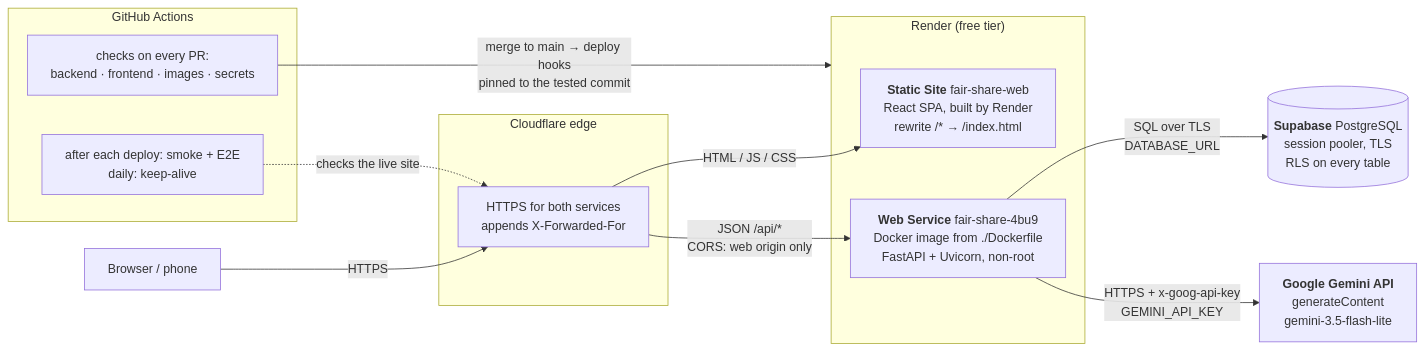
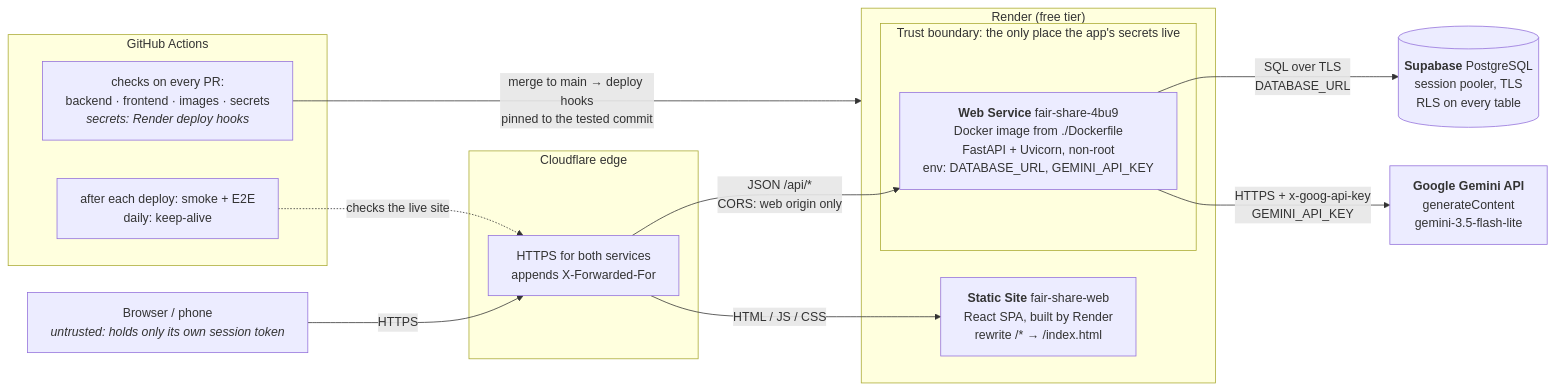
The diagram in docs/diagrams/architecture.mmd (NeitLN/Fair-Share), drawn with Mermaid before and after one commit. The commit also changed 2 other files, not shown here.

Commit message:
docs(diagrams): mark the trust boundary on the architecture diagram (#164)
Trust boundary around the API, with the wording from review: the app's secrets live only there, CI holds the deploy hooks, the browser holds only its own session token.

```diff
--- a/docs/diagrams/architecture.mmd
+++ b/docs/diagrams/architecture.mmd
@@ -1,29 +1,31 @@
 %%{init: {"flowchart": {"wrappingWidth": 320}}}%%
 %% Fair-Share in production. Checked against the live services on 22/10/2026 (see docs/diagrams/README.md).
 flowchart LR
-    U["Browser / phone"]
+    U["Browser / phone<br/><i>untrusted: holds only its own session token</i>"]
 
     subgraph CF["Cloudflare edge"]
         EDGE["HTTPS for both services<br/>appends X-Forwarded-For"]
     end
 
     subgraph Render["Render (free tier)"]
         WEB["<b>Static Site</b> fair-share-web<br/>React SPA, built by Render<br/>rewrite /* → /index.html"]
-        API["<b>Web Service</b> fair-share-4bu9<br/>Docker image from ./Dockerfile<br/>FastAPI + Uvicorn, non-root"]
+        subgraph TRUST["Trust boundary: the only place the app's secrets live"]
+            API["<b>Web Service</b> fair-share-4bu9<br/>Docker image from ./Dockerfile<br/>FastAPI + Uvicorn, non-root<br/>env: DATABASE_URL, GEMINI_API_KEY"]
+        end
     end
 
     DB[("<b>Supabase</b> PostgreSQL<br/>session pooler, TLS<br/>RLS on every table")]
     AI["<b>Google Gemini API</b><br/>generateContent<br/>gemini-3.5-flash-lite"]
 
     subgraph GH["GitHub Actions"]
-        CI["checks on every PR:<br/>backend · frontend · images · secrets"]
+        CI["checks on every PR:<br/>backend · frontend · images · secrets<br/><i>secrets: Render deploy hooks</i>"]
         POST["after each deploy: smoke + E2E<br/>daily: keep-alive"]
     end
 
     U -- "HTTPS" --> EDGE
     EDGE -- "HTML / JS / CSS" --> WEB
     EDGE -- "JSON /api/*<br/>CORS: web origin only" --> API
     API -- "SQL over TLS<br/>DATABASE_URL" --> DB
     API -- "HTTPS + x-goog-api-key<br/>GEMINI_API_KEY" --> AI
     CI -- "merge to main → deploy hooks<br/>pinned to the tested commit" --> Render
     POST -. "checks the live site" .-> EDGE
```
